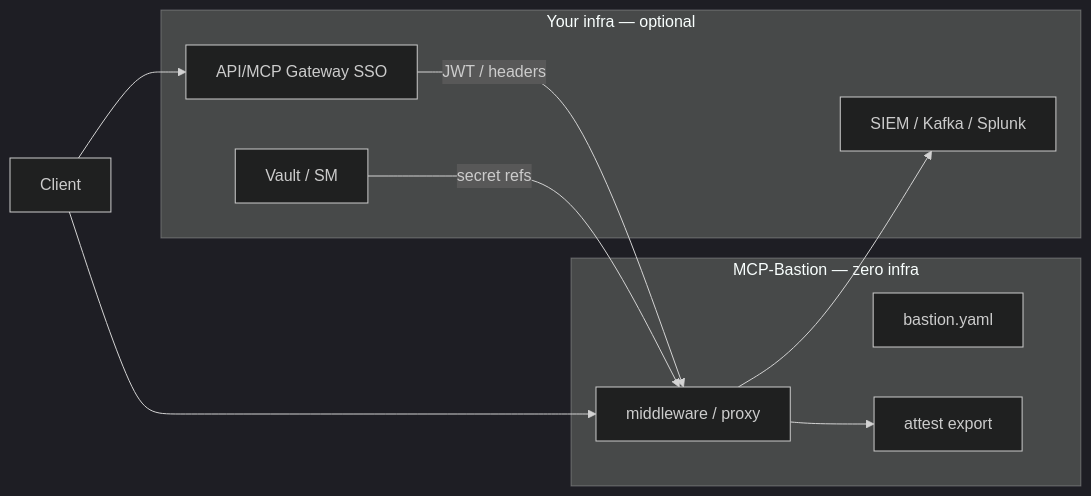
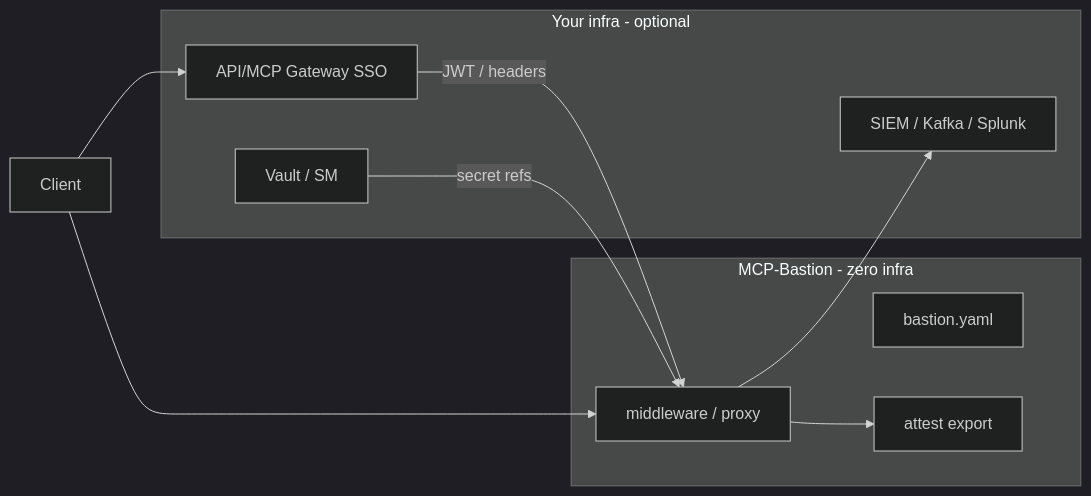
The diagram in docs/ZERO_INFRA_STRATEGY.md (vaquarkhan/MCP-Bastion), drawn with Mermaid (dark theme) before and after one commit. The commit also changed other lines of this file and 68 other files, not shown here.

````diff
--- a/docs/ZERO_INFRA_STRATEGY.md
+++ b/docs/ZERO_INFRA_STRATEGY.md
@@ -124,19 +124,19 @@
 ```mermaid
 flowchart LR
-  subgraph your_infra [Your infra — optional]
+  subgraph your_infra [Your infra  -  optional]
     GW[API/MCP Gateway SSO]
     Vault[Vault / SM]
     SIEM[SIEM / Kafka / Splunk]
   end
-  subgraph bastion [MCP-Bastion — zero infra]
+  subgraph bastion [MCP-Bastion  -  zero infra]
     YAML[bastion.yaml]
     MW[middleware / proxy]
     ATT[attest export]
   end
   GW -->|JWT / headers| MW
   Vault -->|secret refs| MW
   MW --> SIEM
   MW --> ATT
   Client --> GW
   Client --> MW
 ```
````
